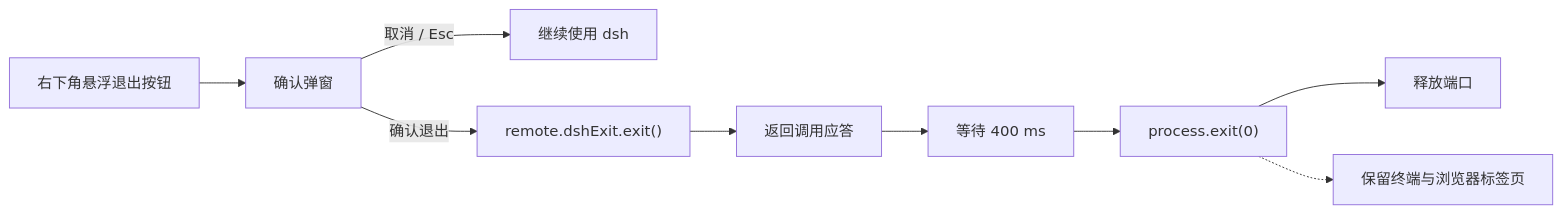
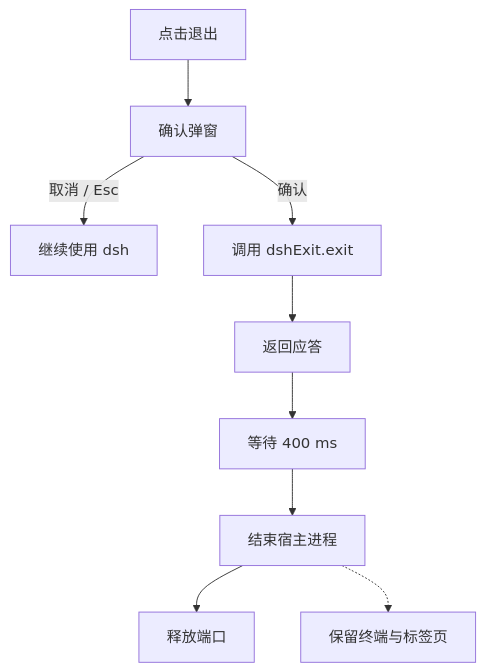
Before and after one commit to KeS1Ke/dsh-exit: the diagram in README.zh-CN.md, drawn with Mermaid.

Commit message:
docs: make Chinese flowchart responsive

````diff
--- a/README.zh-CN.md
+++ b/README.zh-CN.md
@@ -32,11 +32,11 @@
 ```mermaid
-flowchart LR
-    A["右下角悬浮退出按钮"] --> B["确认弹窗"]
+flowchart TB
+    A["点击退出"] --> B["确认弹窗"]
     B -->|取消 / Esc| C["继续使用 dsh"]
-    B -->|确认退出| D["remote.dshExit.exit()"]
-    D --> E["返回调用应答"]
+    B -->|确认| D["调用 dshExit.exit"]
+    D --> E["返回应答"]
     E --> F["等待 400 ms"]
-    F --> G["process.exit(0)"]
+    F --> G["结束宿主进程"]
     G --> H["释放端口"]
-    G -.-> I["保留终端与浏览器标签页"]
+    G -.-> I["保留终端与标签页"]
 ```
````
